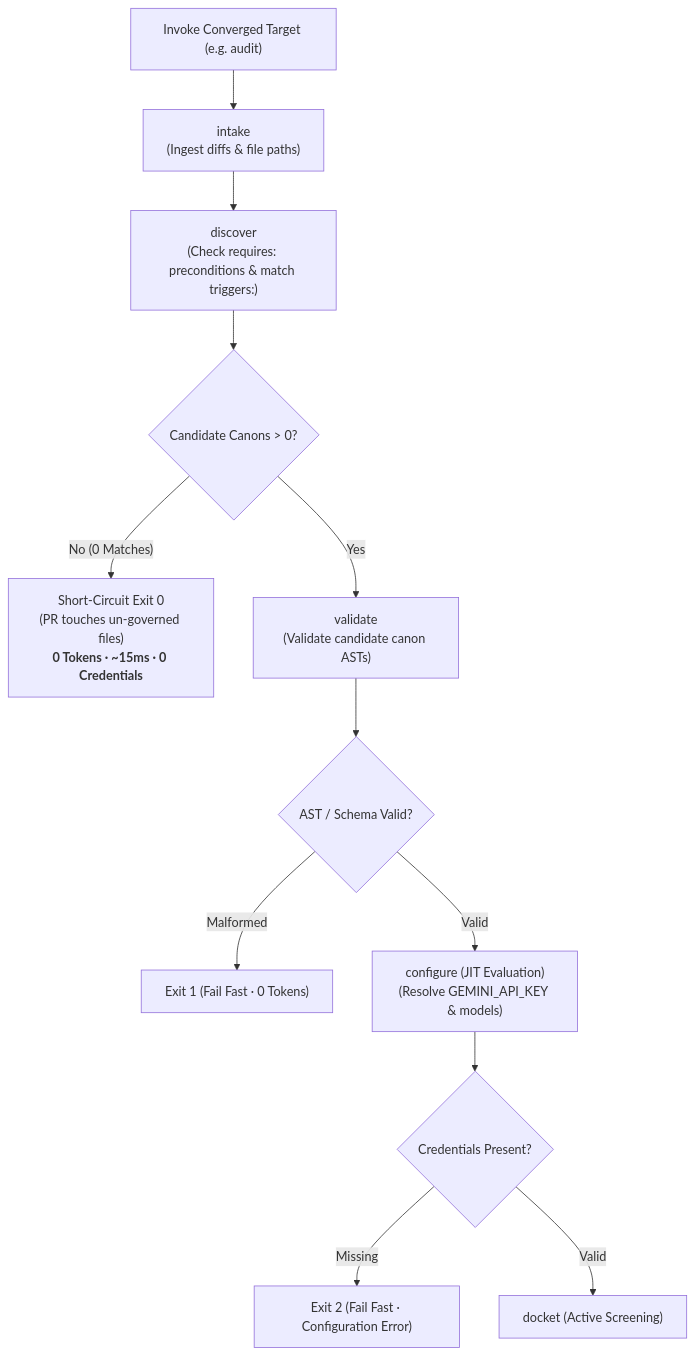
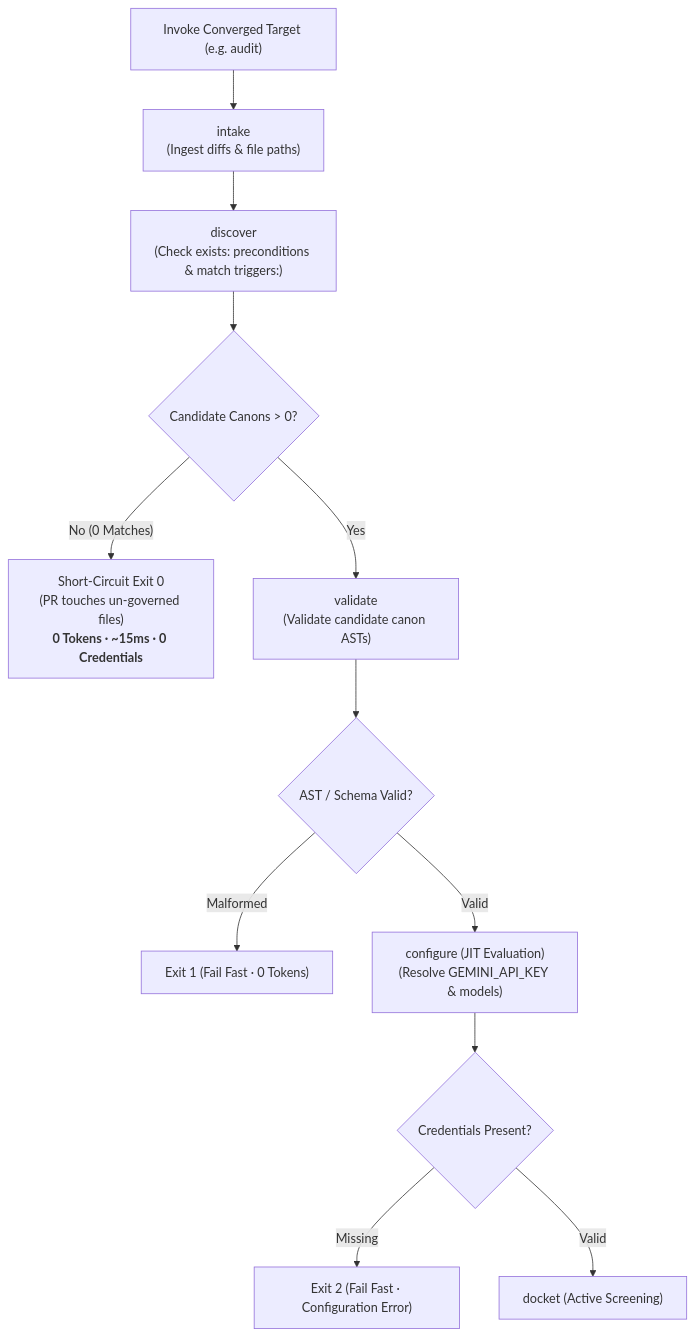
One commit to PAIR-code/canon-clerk changed the diagram in docs/architecture/scheduling.md. Above: the diagram before and after it, drawn with Mermaid. The commit also changed 4 other files, not shown here.

First line of the commit message:
docs(spec, canons): rename requires frontmatter precondition to exists (#201) (#206)

````diff
--- a/docs/architecture/scheduling.md
+++ b/docs/architecture/scheduling.md
@@ -69,17 +69,17 @@
 ```mermaid
 flowchart TD
     Start["Invoke Converged Target (e.g. audit)"] --> S1["intake<br/>(Ingest diffs & file paths)"]
-    S1 --> S2["discover<br/>(Check requires: preconditions & match triggers:)"]
+    S1 --> S2["discover<br/>(Check exists: preconditions & match triggers:)"]
     S2 --> Check{"Candidate Canons > 0?"}
     
     Check -- "No (0 Matches)" --> ShortCircuit["Short-Circuit Exit 0<br/>(PR touches un-governed files)<br/><b>0 Tokens · ~15ms · 0 Credentials</b>"]
     Check -- "Yes" --> S3["validate<br/>(Validate candidate canon ASTs)"]
     
     S3 --> SyntaxCheck{"AST / Schema Valid?"}
     SyntaxCheck -- "Malformed" --> Fail1["Exit 1 (Fail Fast · 0 Tokens)"]
     SyntaxCheck -- "Valid" --> S4["configure (JIT Evaluation)<br/>(Resolve GEMINI_API_KEY & models)"]
     
     S4 --> ConfigCheck{"Credentials Present?"}
     ConfigCheck -- "Missing" --> Fail2["Exit 2 (Fail Fast · Configuration Error)"]
     ConfigCheck -- "Valid" --> S5["docket (Active Screening)"]
 ```
````
